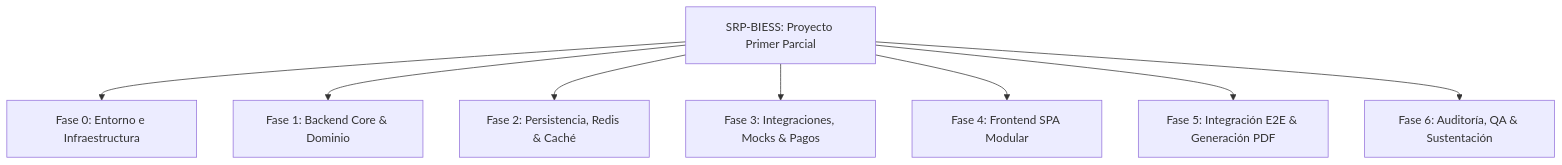
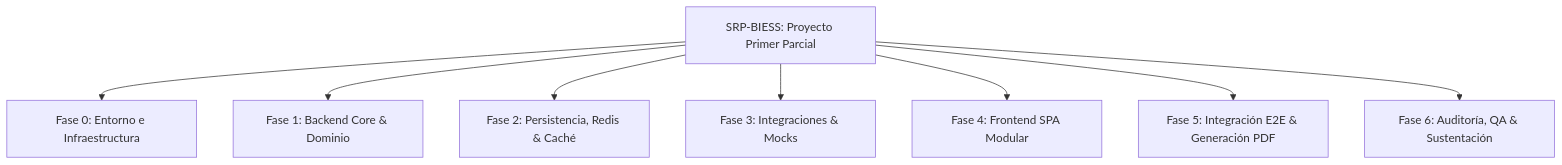
Before and after one commit to angelcontres/srp-biess: the first of 2 diagrams in docs/PLANNING.md, drawn with Mermaid. The commit also changed other lines of this file, not shown here.

````diff
--- a/docs/PLANNING.md
+++ b/docs/PLANNING.md
@@ -40,20 +40,20 @@
 ```mermaid
 flowchart TD
   WBS["SRP-BIESS: Proyecto Primer Parcial"]
   
   F0["Fase 0: Entorno e Infraestructura"]
   F1["Fase 1: Backend Core & Dominio"]
   F2["Fase 2: Persistencia, Redis & Caché"]
-  F3["Fase 3: Integraciones, Mocks & Pagos"]
+  F3["Fase 3: Integraciones & Mocks"]
   F4["Fase 4: Frontend SPA Modular"]
   F5["Fase 5: Integración E2E & Generación PDF"]
   F6["Fase 6: Auditoría, QA & Sustentación"]
   
   WBS --> F0
   WBS --> F1
   WBS --> F2
   WBS --> F3
   WBS --> F4
   WBS --> F5
   WBS --> F6
 ```
````
